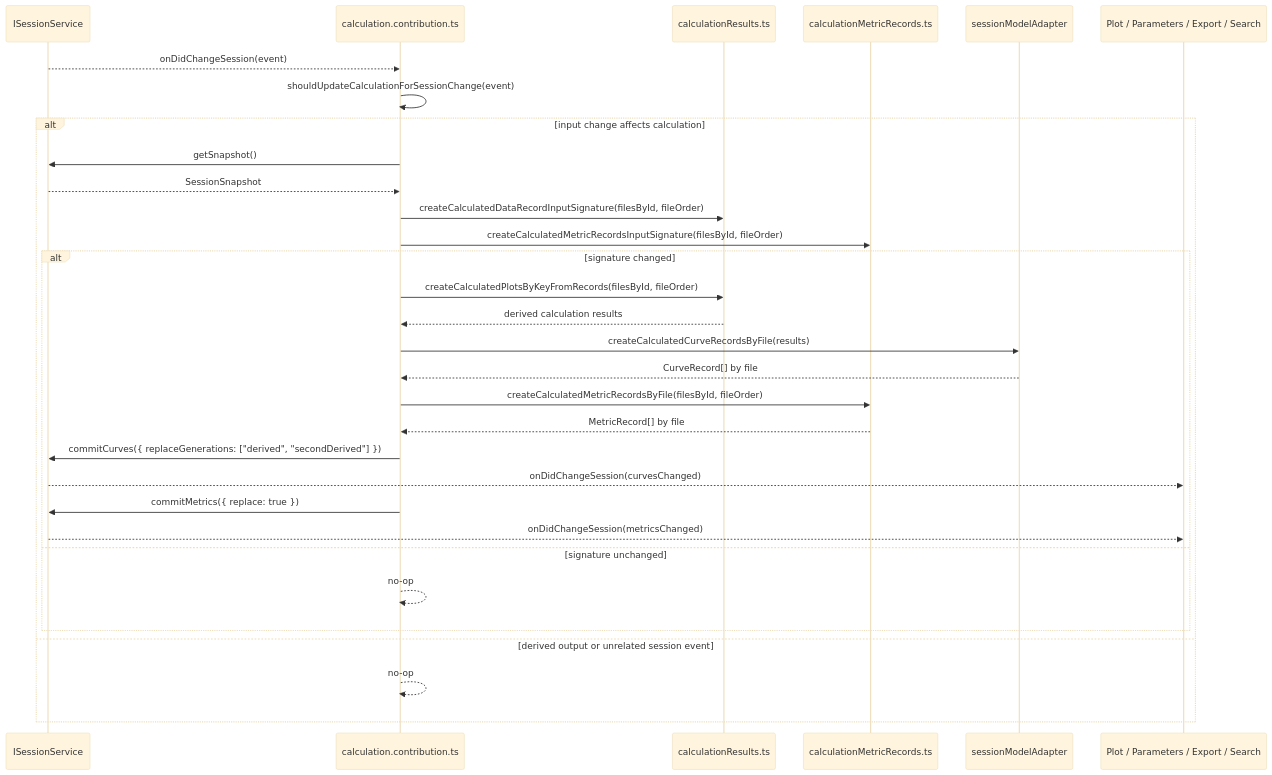
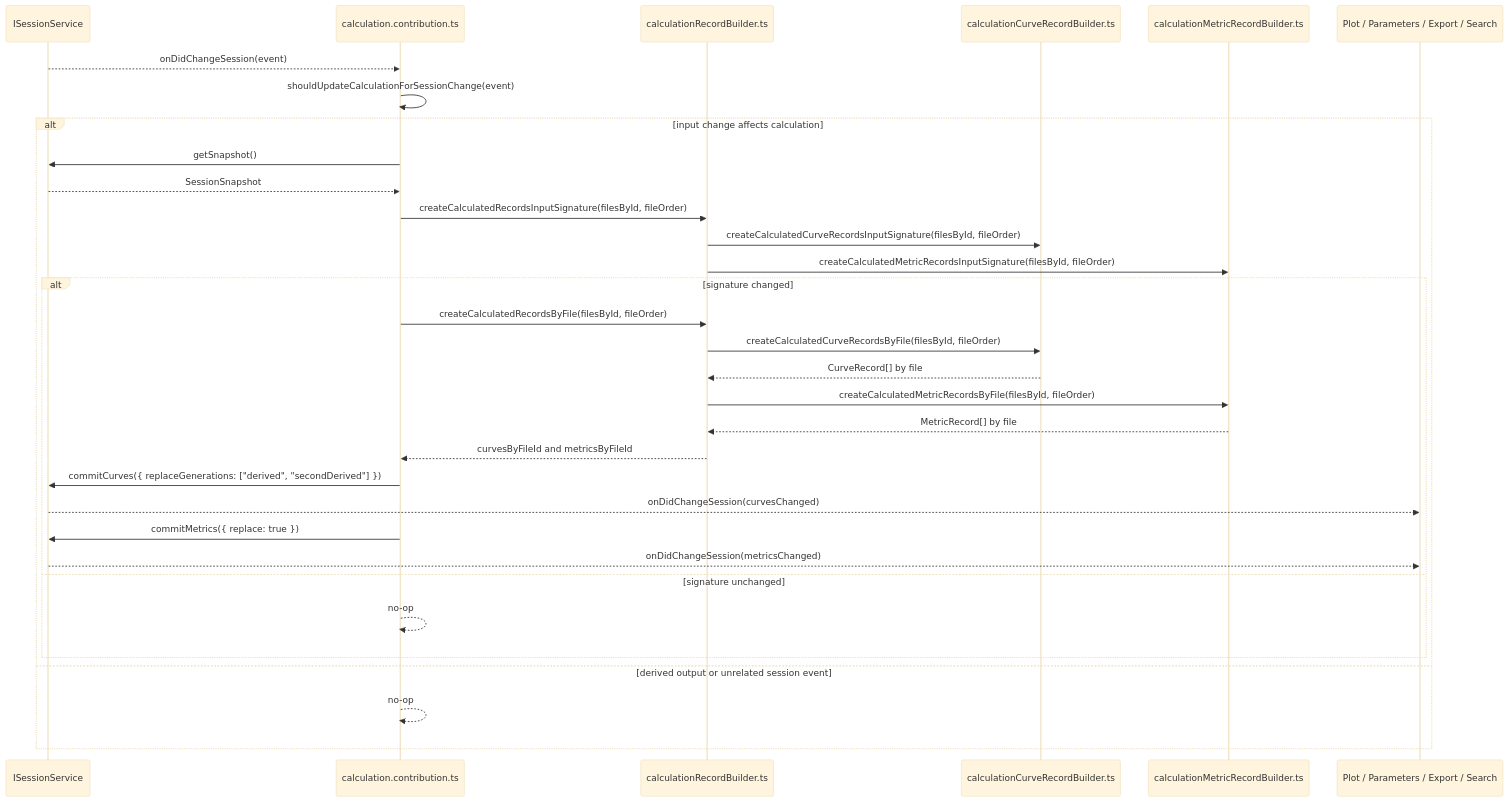
Before and after one commit to chogng/conductor: the second of 2 diagrams in .github/instructions/calculation.instructions.md, drawn with Mermaid (base theme). The commit also changed other lines of this file and 26 other files, not shown here.

First line of the commit message:
refactor: clarify calculation record boundaries

````diff
--- a/.github/instructions/calculation.instructions.md
+++ b/.github/instructions/calculation.instructions.md
@@ -72,34 +73,35 @@
 ```mermaid
 sequenceDiagram
     participant Session as ISessionService
     participant Contribution as calculation.contribution.ts
-    participant Results as calculationResults.ts
-    participant Metrics as calculationMetricRecords.ts
-    participant Adapter as sessionModelAdapter
+    participant Records as calculationRecordBuilder.ts
+    participant Curves as calculationCurveRecordBuilder.ts
+    participant Metrics as calculationMetricRecordBuilder.ts
     participant Consumers as Plot / Parameters / Export / Search
 
     Session-->>Contribution: onDidChangeSession(event)
     Contribution->>Contribution: shouldUpdateCalculationForSessionChange(event)
     alt input change affects calculation
         Contribution->>Session: getSnapshot()
         Session-->>Contribution: SessionSnapshot
-        Contribution->>Results: createCalculatedDataRecordInputSignature(filesById, fileOrder)
-        Contribution->>Metrics: createCalculatedMetricRecordsInputSignature(filesById, fileOrder)
+        Contribution->>Records: createCalculatedRecordsInputSignature(filesById, fileOrder)
+        Records->>Curves: createCalculatedCurveRecordsInputSignature(filesById, fileOrder)
+        Records->>Metrics: createCalculatedMetricRecordsInputSignature(filesById, fileOrder)
         alt signature changed
-            Contribution->>Results: createCalculatedPlotsByKeyFromRecords(filesById, fileOrder)
-            Results-->>Contribution: derived calculation results
-            Contribution->>Adapter: createCalculatedCurveRecordsByFile(results)
-            Adapter-->>Contribution: CurveRecord[] by file
-            Contribution->>Metrics: createCalculatedMetricRecordsByFile(filesById, fileOrder)
-            Metrics-->>Contribution: MetricRecord[] by file
+            Contribution->>Records: createCalculatedRecordsByFile(filesById, fileOrder)
+            Records->>Curves: createCalculatedCurveRecordsByFile(filesById, fileOrder)
+            Curves-->>Records: CurveRecord[] by file
+            Records->>Metrics: createCalculatedMetricRecordsByFile(filesById, fileOrder)
+            Metrics-->>Records: MetricRecord[] by file
+            Records-->>Contribution: curvesByFileId and metricsByFileId
             Contribution->>Session: commitCurves({ replaceGenerations: ["derived", "secondDerived"] })
             Session-->>Consumers: onDidChangeSession(curvesChanged)
             Contribution->>Session: commitMetrics({ replace: true })
             Session-->>Consumers: onDidChangeSession(metricsChanged)
         else signature unchanged
             Contribution-->>Contribution: no-op
         end
     else derived output or unrelated session event
         Contribution-->>Contribution: no-op
     end
 ```
````
